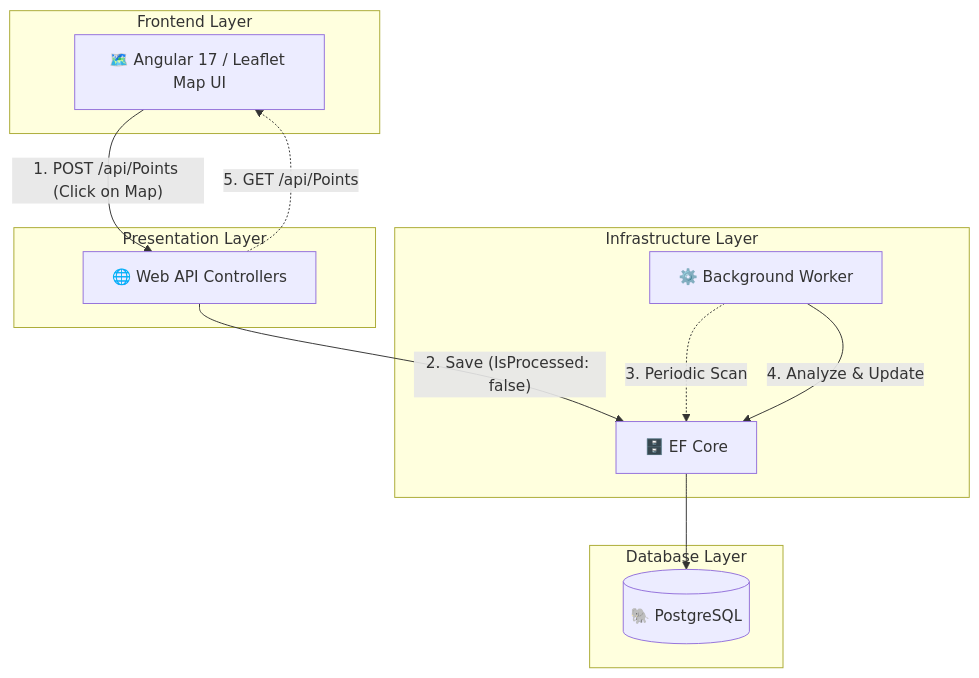
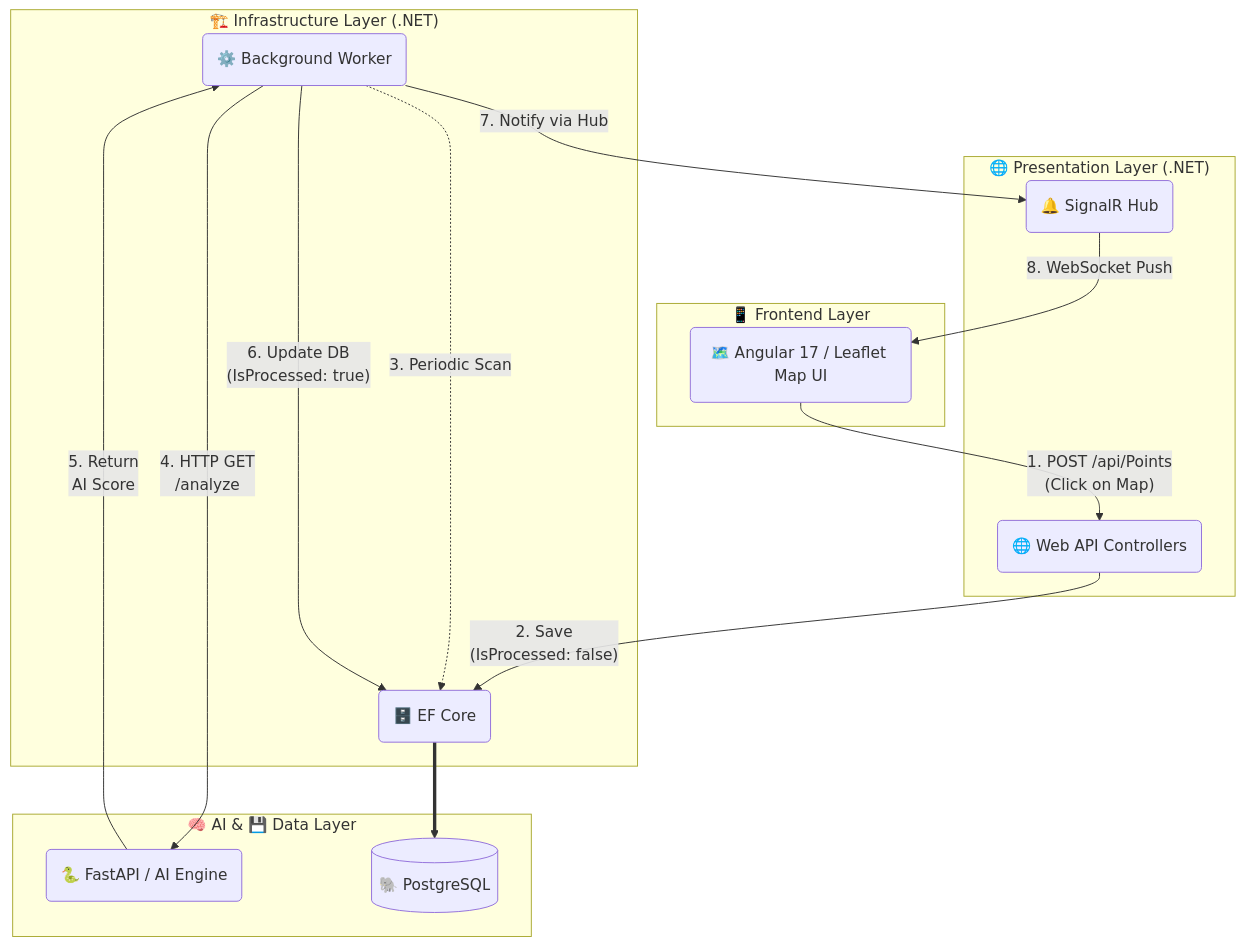
Before and after one commit to deryaozturkk/GeoTrackerAnalyticsHub: the diagram in README.md, drawn with Mermaid. The commit also changed other lines of this file and 7 other files, not shown here.

Commit message:
feat: integrate Python AI microservice, real-time SignalR UI updates, and finalize architecture docs

````diff
--- a/README.md
+++ b/README.md
@@ -50,28 +56,43 @@
 ```mermaid
-graph TD
-    subgraph "Frontend Layer"
-        CLIENT[🗺️ Angular 17 / Leaflet Map UI]
+flowchart TD
+    %% Node Definitions with Shapes
+    CLIENT("🗺️ Angular 17 / Leaflet Map UI")
+    API("🌐 Web API Controllers")
+    HUB("🔔 SignalR Hub")
+    DB_CTX("🗄️ EF Core")
+    WORKER("⚙️ Background Worker")
+    PY_API("🐍 FastAPI / AI Engine")
+    DB[("🐘 PostgreSQL")]
+
+    %% Logical Groupings
+    subgraph Frontend ["📱 Frontend Layer"]
+        CLIENT
     end
 
-    subgraph "Presentation Layer"
-        API[🌐 Web API Controllers]
+    subgraph Presentation ["🌐 Presentation Layer (.NET)"]
+        API
+        HUB
     end
 
-    subgraph "Infrastructure Layer"
-        DB_CTX[🗄️ EF Core]
-        WORKER[⚙️ Background Worker]
+    subgraph Infrastructure ["🏗️ Infrastructure Layer (.NET)"]
+        DB_CTX
+        WORKER
     end
 
-    subgraph "Database Layer"
-        DB[(🐘 PostgreSQL)]
+    subgraph External ["🧠 AI & 💾 Data Layer"]
+        PY_API
+        DB
     end
 
-    CLIENT -- "1. POST /api/Points (Click on Map)" --> API
-    API -- "2. Save (IsProcessed: false)" --> DB_CTX
-    DB_CTX --> DB
+    %% Data Flow with Line Breaks (<br>) to prevent horizontal stretching
+    CLIENT -- "1. POST /api/Points<br>(Click on Map)" --> API
+    API -- "2. Save<br>(IsProcessed: false)" --> DB_CTX
+    DB_CTX ==> DB
 
     WORKER -. "3. Periodic Scan" .-> DB_CTX
-    WORKER -- "4. Analyze & Update" --> DB_CTX
-
-    API -. "5. GET /api/Points" .-> CLIENT
+    WORKER -- "4. HTTP GET<br>/analyze" --> PY_API
+    PY_API -- "5. Return<br>AI Score" --> WORKER
+    WORKER -- "6. Update DB<br>(IsProcessed: true)" --> DB_CTX
+    WORKER -- "7. Notify via Hub" --> HUB
+    HUB -- "8. WebSocket Push" --> CLIENT
 ```
````
